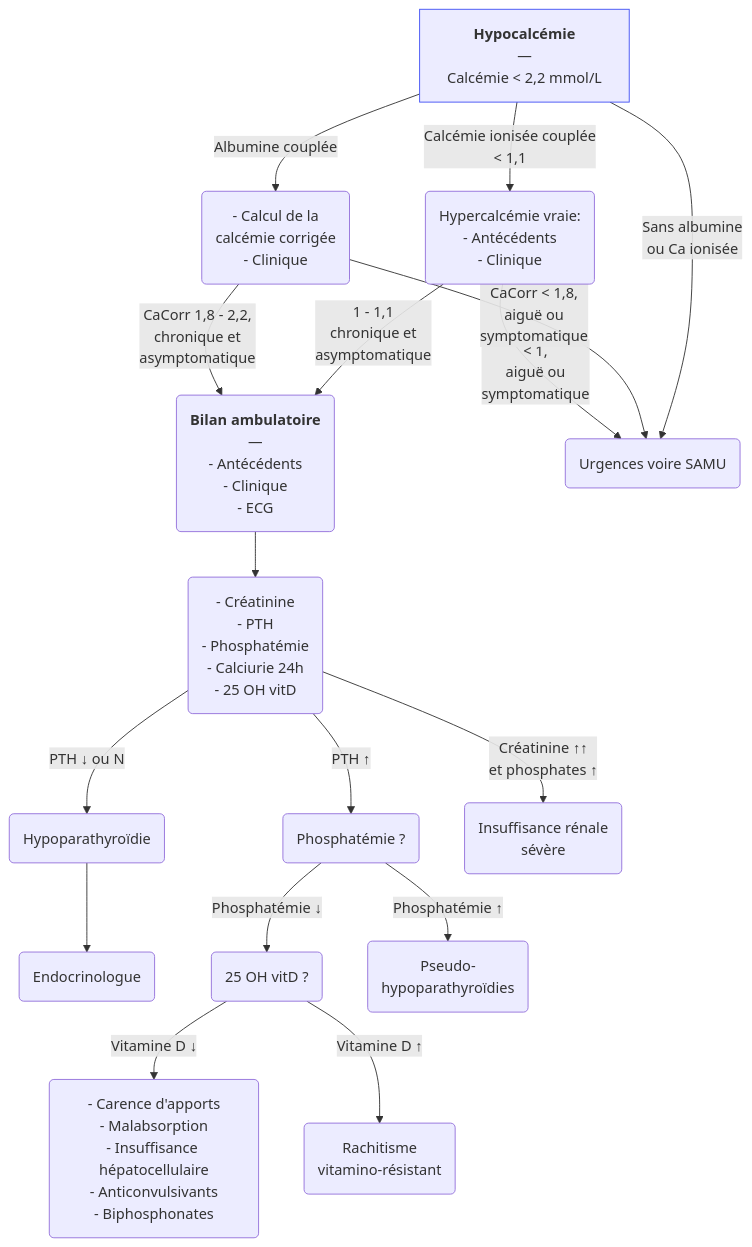
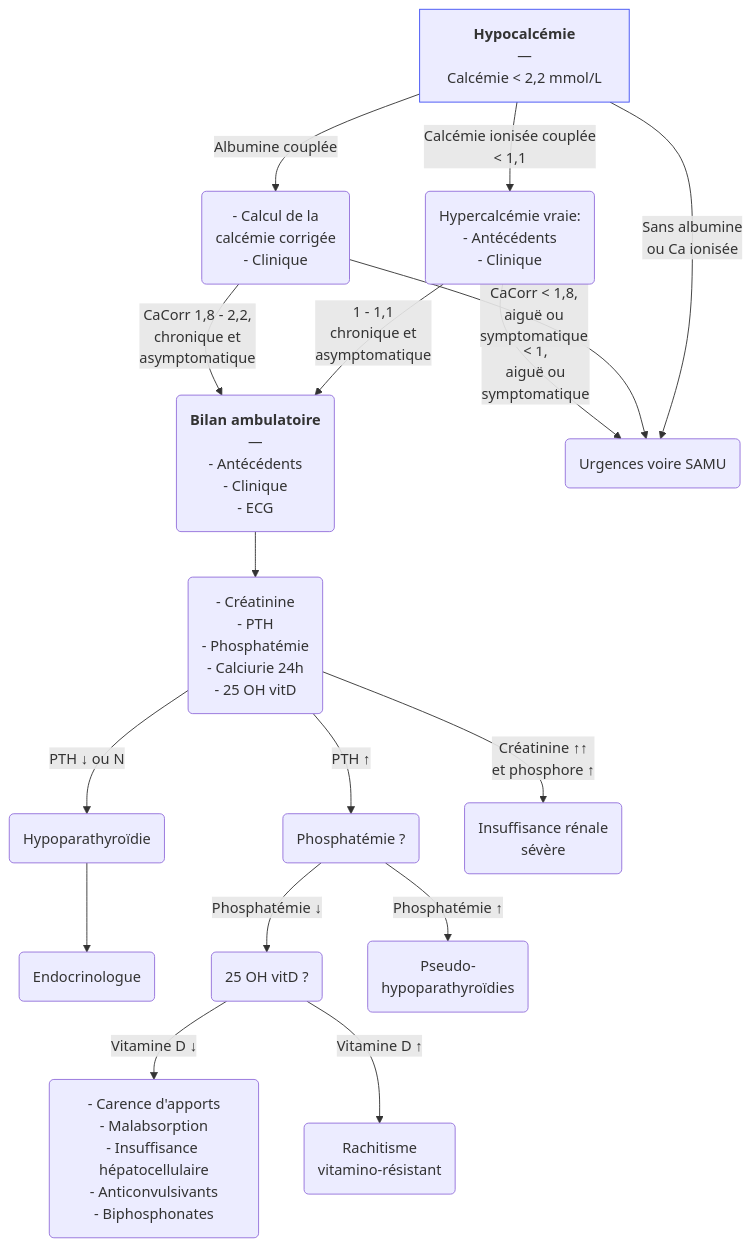
Before and after one commit to djibe/recommandations-medicales: the diagram in content/recommandations/hypocalcemie.md, drawn with Mermaid. The commit also changed other lines of this file and 8 other files, not shown here.

```diff
--- a/content/recommandations/hypocalcemie.md
+++ b/content/recommandations/hypocalcemie.md
@@ -181,14 +181,14 @@
 {{< mermaid title="Prise en charge d'une hypocalcémie par le médecin généraliste. Dr JB Fron d'après Collèges" >}}
 graph TB
   hypocalcémie["<b>Hypocalcémie</b><br>—<br>Calcémie &lt; 2,2 mmol/L"] -- Albumine couplée --> corrigée("- Calcul de la <br>calcémie corrigée<br>- Clinique") -- "CaCorr 1,8 - 2,2,<br>chronique et<br>asymptomatique" --> ambulatoire("<b>Bilan ambulatoire</b><br>—<br>- Antécédents<br>- Clinique<br>- ECG") --> bilan("- Créatinine<br>- PTH<br>- Phosphatémie<br>- Calciurie 24h<br>- 25 OH vitD") -- "PTH ↓ ou N" --> hypoparathyroïdie(Hypoparathyroïdie) --> endocrinologue(Endocrinologue)
   bilan -- PTH ↑ --> phosphatémie("Phosphatémie ?")
-    bilan -- "Créatinine ↑↑<br>et phosphates ↑" --> insuffisance("Insuffisance rénale<br>sévère")
+    bilan -- "Créatinine ↑↑<br>et phosphore ↑" --> insuffisance("Insuffisance rénale<br>sévère")
     hypocalcémie -- "Calcémie ionisée couplée<br>&lt; 1,1" --> ionisée("Hypercalcémie vraie:<br>- Antécédents<br>- Clinique") -- "&lt; 1,<br>aiguë ou<br>symptomatique" --> urgences("Urgences voire SAMU")
       corrigée -- "CaCorr &lt; 1,8,<br>aiguë ou<br>symptomatique" --> urgences
     hypocalcémie -- "Sans albumine<br>ou Ca ionisée" --> urgences
       ionisée -- "1 - 1,1<br>chronique et<br>asymptomatique" --> ambulatoire
         phosphatémie -- "Phosphatémie ↓" --> vitamineD("25 OH vitD ?") -- "Vitamine D ↓" --> carence("- Carence d'apports<br>- Malabsorption<br>- Insuffisance hépatocellulaire<br>- Anticonvulsivants<br>- Biphosphonates")
         phosphatémie -- "Phosphatémie ↑" --> pseudo-hypoparathyroïdies("Pseudo-<br>hypoparathyroïdies")
           vitamineD -- "Vitamine D ↑" --> rachitisme("Rachitisme<br>vitamino-résistant")
   style hypocalcémie stroke:#4150f5, stroke-width:1px
 {{< /mermaid >}}
```
